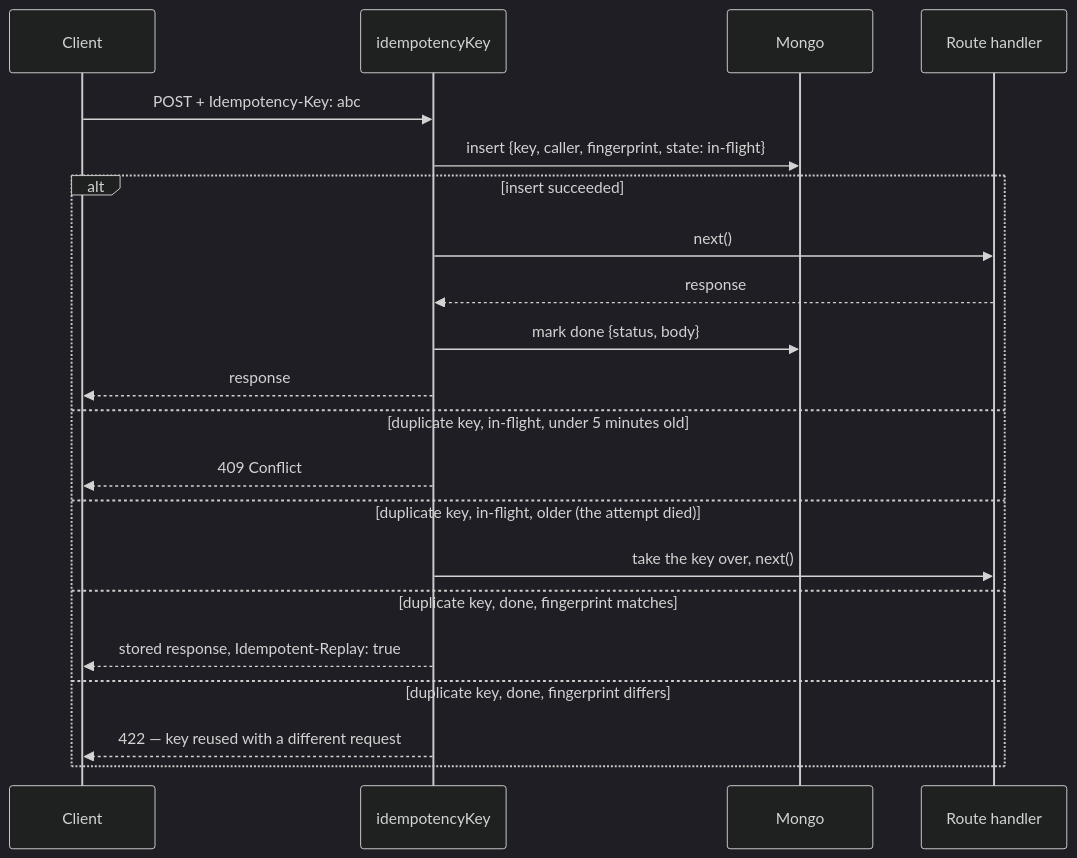
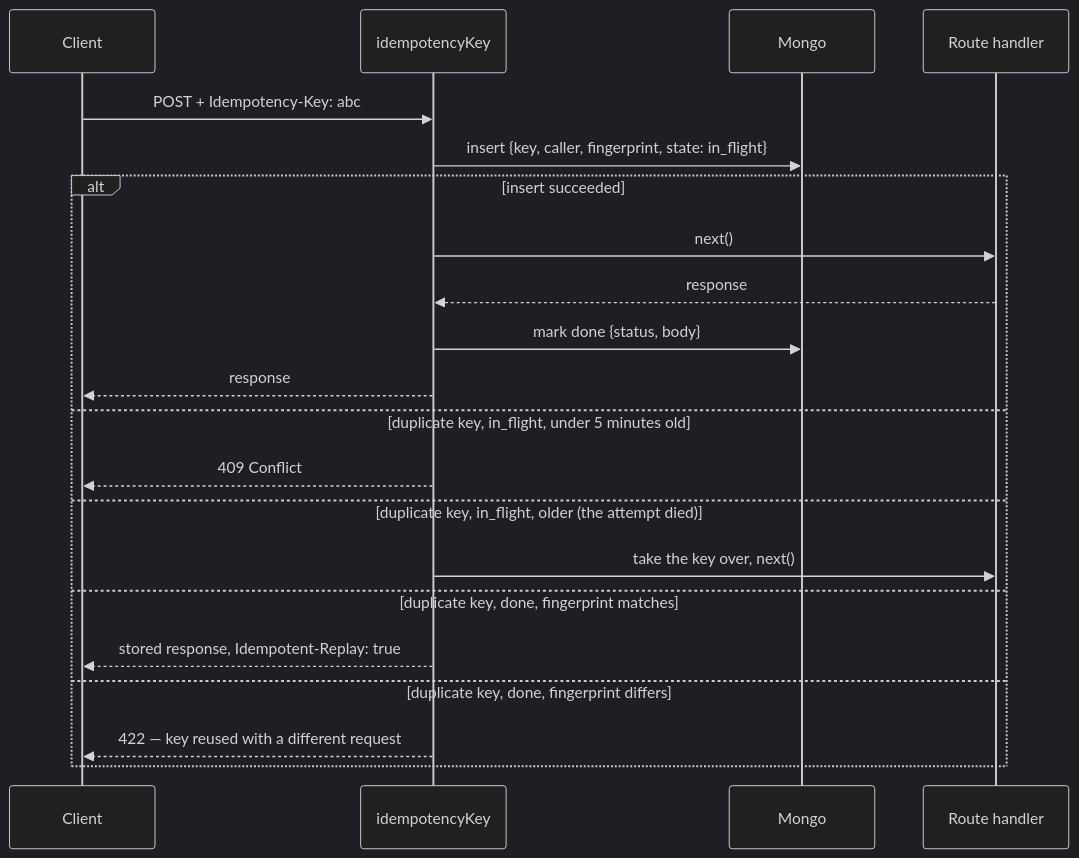
The diagram in docs/tools/idempotency.md (Guebbit/boilerplate-node-backend), drawn with Mermaid (dark theme) before and after one commit. The commit also changed other lines of this file and 22 other files, not shown here.

````diff
--- a/docs/tools/idempotency.md
+++ b/docs/tools/idempotency.md
@@ -18,24 +18,24 @@
 ```mermaid
 sequenceDiagram
     participant Client
     participant Middleware as idempotencyKey
     participant Mongo
     participant Handler as Route handler
 
     Client->>Middleware: POST + Idempotency-Key: abc
-    Middleware->>Mongo: insert {key, caller, fingerprint, state: in-flight}
+    Middleware->>Mongo: insert {key, caller, fingerprint, state: in_flight}
     alt insert succeeded
         Middleware->>Handler: next()
         Handler-->>Middleware: response
         Middleware->>Mongo: mark done {status, body}
         Middleware-->>Client: response
-    else duplicate key, in-flight, under 5 minutes old
+    else duplicate key, in_flight, under 5 minutes old
         Middleware-->>Client: 409 Conflict
-    else duplicate key, in-flight, older (the attempt died)
+    else duplicate key, in_flight, older (the attempt died)
         Middleware->>Handler: take the key over, next()
     else duplicate key, done, fingerprint matches
         Middleware-->>Client: stored response, Idempotent-Replay: true
     else duplicate key, done, fingerprint differs
         Middleware-->>Client: 422 — key reused with a different request
     end
 ```
````
